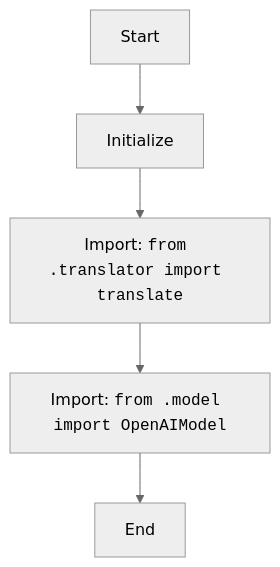
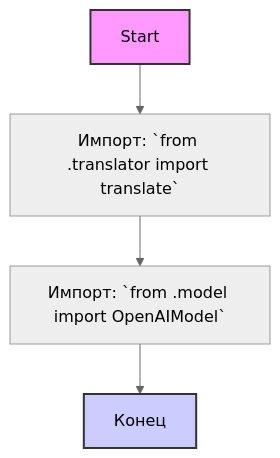
The second of 2 diagrams in docs/gemini/ru/explainer/src/ai/openai/__init__.py.md (hypo69/hypo), drawn with Mermaid (neutral theme) before and after one commit. The commit also changed other lines of this file and 1505 other files, not shown here.

````diff
--- a/docs/gemini/ru/explainer/src/ai/openai/__init__.py.md
+++ b/docs/gemini/ru/explainer/src/ai/openai/__init__.py.md
@@ -20,8 +40,10 @@
 ```mermaid
 flowchart TD
-    Start --> InitMode[Initialize ];
-    InitMode --> ImportTranslate[Import: <code>from .translator import translate</code>]
-    ImportTranslate --> ImportOpenAIModel[Import: <code>from .model import OpenAIModel</code>]
-    ImportOpenAIModel --> End
+    Start --> ImportTranslator[Импорт: `from .translator import translate`];
+    ImportTranslator --> ImportOpenAIModel[Импорт: `from .model import OpenAIModel`];
+    ImportOpenAIModel --> End[Конец];
+    
+    style Start fill:#f9f,stroke:#333,stroke-width:2px
+    style End fill:#ccf,stroke:#333,stroke-width:2px
     
 ```
````
